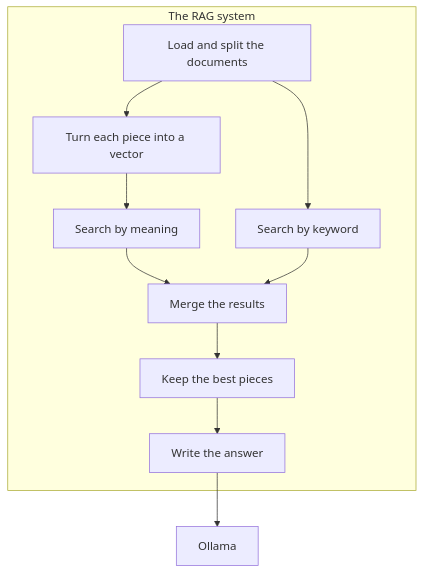
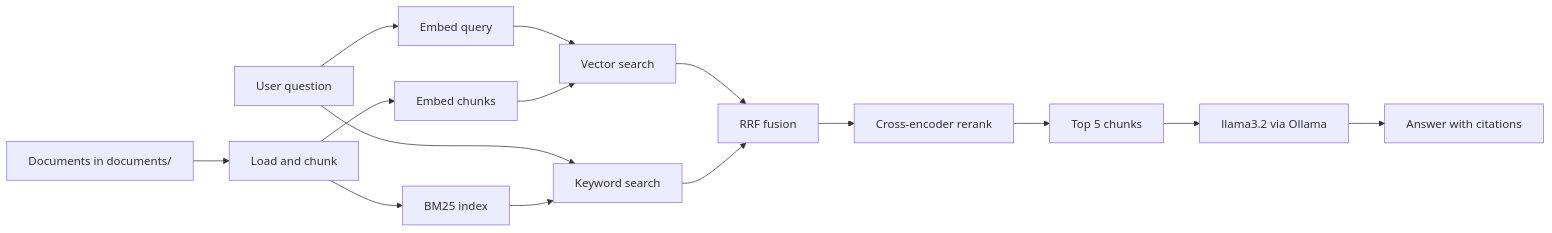
The diagram in README.md (trinhdangbao2018-ux/Hybrid-RAG), drawn with Mermaid before and after one commit. The commit also changed other lines of this file, not shown here.

````diff
--- a/README.md
+++ b/README.md
@@ -58,13 +20,17 @@
 ```mermaid
-graph TD
-    subgraph System[The RAG system]
-        Load[Load and split the documents] --> Emb[Turn each piece into a vector]
-        Emb --> Vec[Search by meaning]
-        Load --> Key[Search by keyword]
-        Vec --> Merge[Merge the results]
-        Key --> Merge
-        Merge --> Pick[Keep the best pieces]
-        Pick --> Write[Write the answer]
-    end
-    Write --> LLM[Ollama]
+flowchart LR
+    A[Documents in documents/] --> B[Load and chunk]
+    B --> C[Embed chunks]
+    B --> D[BM25 index]
+    Q[User question] --> E[Embed query]
+    E --> F[Vector search]
+    Q --> G[Keyword search]
+    C --> F
+    D --> G
+    F --> H[RRF fusion]
+    G --> H
+    H --> I[Cross-encoder rerank]
+    I --> J[Top 5 chunks]
+    J --> K[llama3.2 via Ollama]
+    K --> L[Answer with citations]
 ```
````
